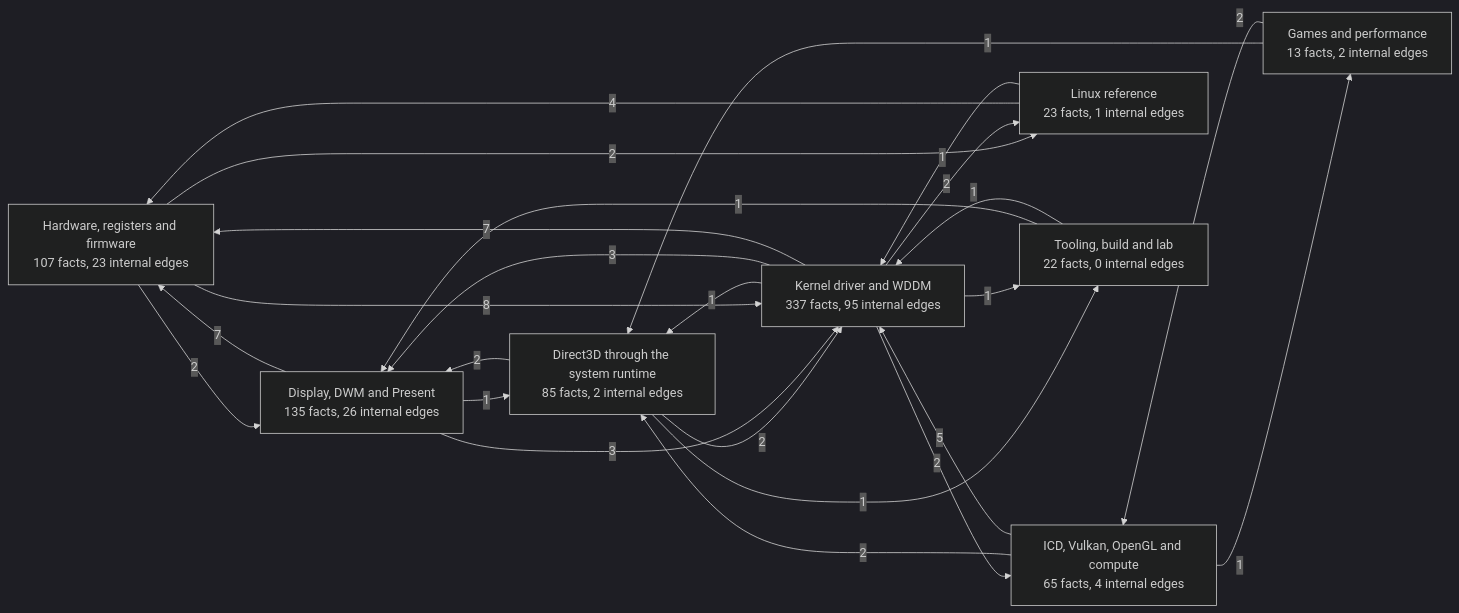
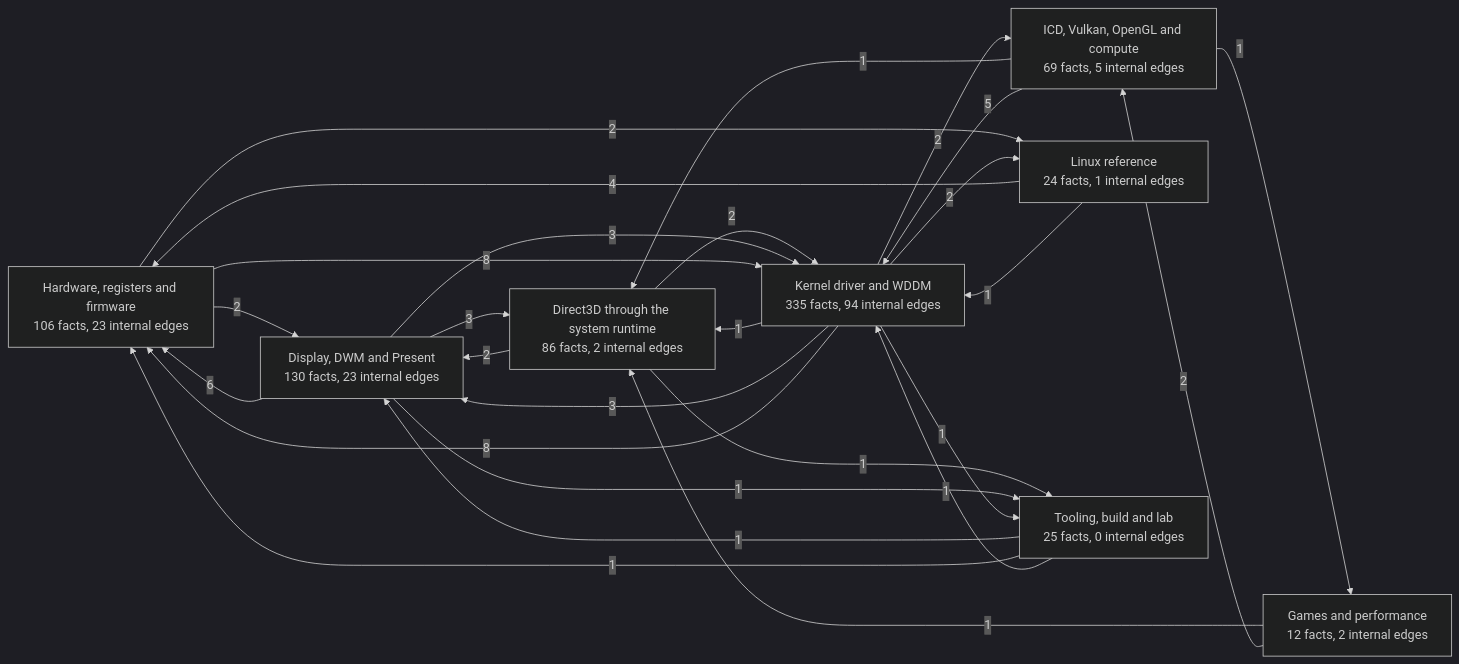
Before and after one commit to D-Ogi/amdgpu-wddm: the diagram in docs/facts.md, drawn with Mermaid (dark theme). The commit also changed other lines of this file and 25 other files, not shown here.

````diff
--- a/docs/facts.md
+++ b/docs/facts.md
@@ -32,35 +32,37 @@
 ```mermaid
 flowchart LR
-  hardware["Hardware, registers and firmware<br/>107 facts, 23 internal edges"]
-  kmd["Kernel driver and WDDM<br/>337 facts, 95 internal edges"]
-  display["Display, DWM and Present<br/>135 facts, 26 internal edges"]
-  icd["ICD, Vulkan, OpenGL and compute<br/>65 facts, 4 internal edges"]
-  d3d["Direct3D through the system runtime<br/>85 facts, 2 internal edges"]
-  games["Games and performance<br/>13 facts, 2 internal edges"]
-  linux["Linux reference<br/>23 facts, 1 internal edges"]
-  tooling["Tooling, build and lab<br/>22 facts, 0 internal edges"]
+  hardware["Hardware, registers and firmware<br/>106 facts, 23 internal edges"]
+  kmd["Kernel driver and WDDM<br/>335 facts, 94 internal edges"]
+  display["Display, DWM and Present<br/>130 facts, 23 internal edges"]
+  icd["ICD, Vulkan, OpenGL and compute<br/>69 facts, 5 internal edges"]
+  d3d["Direct3D through the system runtime<br/>86 facts, 2 internal edges"]
+  games["Games and performance<br/>12 facts, 2 internal edges"]
+  linux["Linux reference<br/>24 facts, 1 internal edges"]
+  tooling["Tooling, build and lab<br/>25 facts, 0 internal edges"]
   d3d -->|2| display
   d3d -->|2| kmd
   d3d -->|1| tooling
-  display -->|1| d3d
-  display -->|7| hardware
+  display -->|3| d3d
+  display -->|6| hardware
   display -->|3| kmd
+  display -->|1| tooling
   games -->|1| d3d
   games -->|2| icd
   hardware -->|2| display
   hardware -->|8| kmd
   hardware -->|2| linux
-  icd -->|2| d3d
+  icd -->|1| d3d
   icd -->|1| games
   icd -->|5| kmd
   kmd -->|1| d3d
   kmd -->|3| display
-  kmd -->|7| hardware
+  kmd -->|8| hardware
   kmd -->|2| icd
   kmd -->|2| linux
   kmd -->|1| tooling
   linux -->|4| hardware
   linux -->|1| kmd
   tooling -->|1| display
+  tooling -->|1| hardware
   tooling -->|1| kmd
 ```
````
